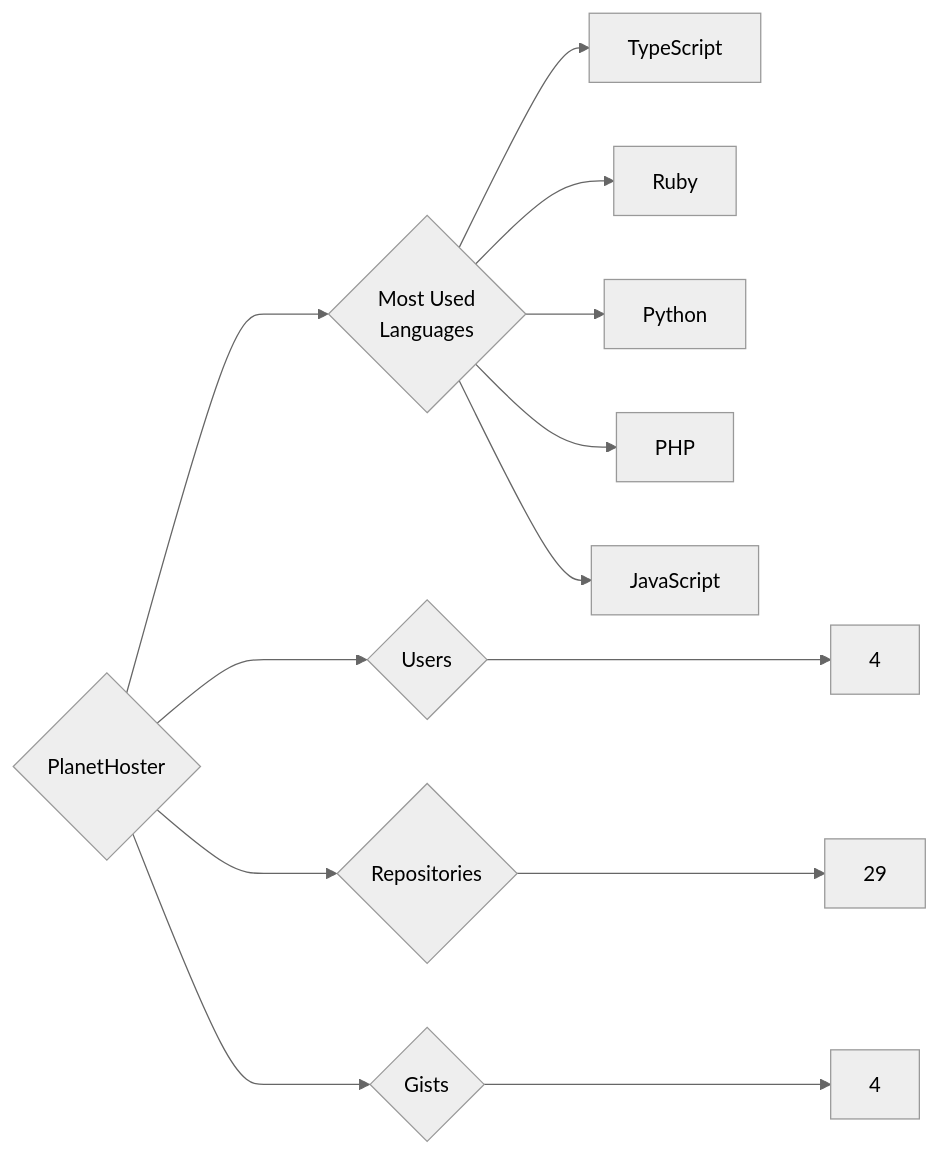
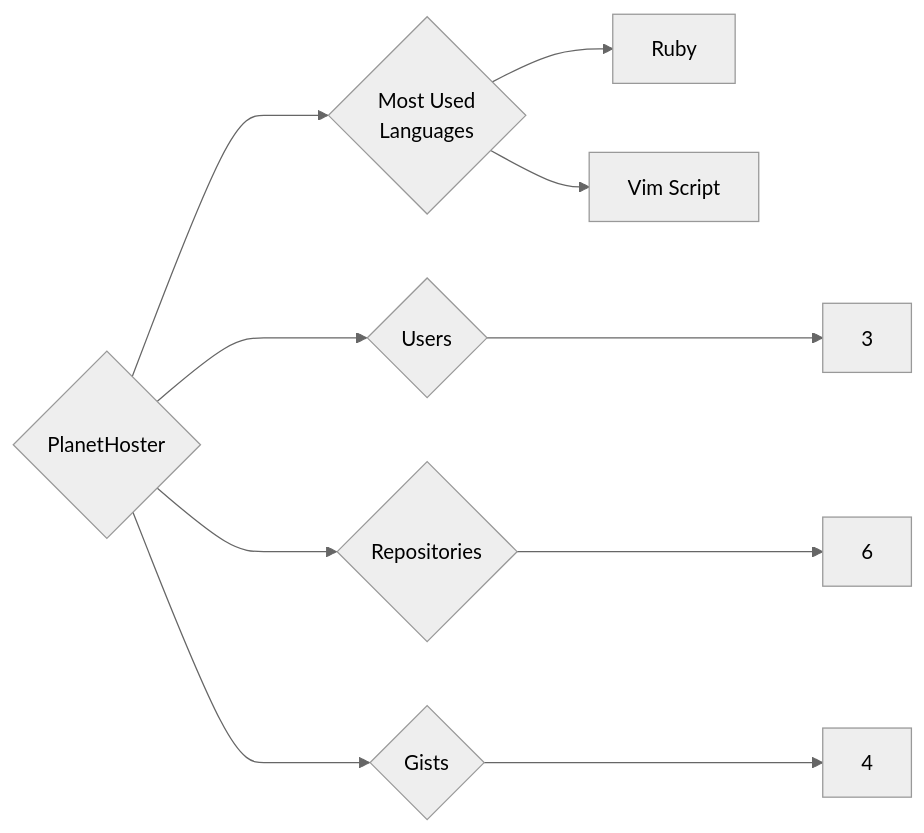
The diagram in targets/PlanetHoster/README.md (trickest/insiders), drawn with Mermaid (neutral theme) before and after one commit. The commit also changed 1496 other files, not shown here.

````diff
--- a/targets/PlanetHoster/README.md
+++ b/targets/PlanetHoster/README.md
@@ -3,13 +3,10 @@
 ```mermaid
 graph LR
 COMPANY_NAME{PlanetHoster}
-COMPANY_NAME ---> U{Users} ---> UN[4]
-COMPANY_NAME ---> R{Repositories} ---> RN[29]
+COMPANY_NAME ---> U{Users} ---> UN[3]
+COMPANY_NAME ---> R{Repositories} ---> RN[6]
 COMPANY_NAME ---> G{Gists} ---> GN[4]
 COMPANY_NAME ---> ML{Most Used<br>Languages}
-ML --> TypeScript[TypeScript]
 ML --> Ruby[Ruby]
-ML --> Python[Python]
-ML --> PHP[PHP]
-ML --> JavaScript[JavaScript]
+ML --> Vim_Script[Vim Script]
 ```
````
